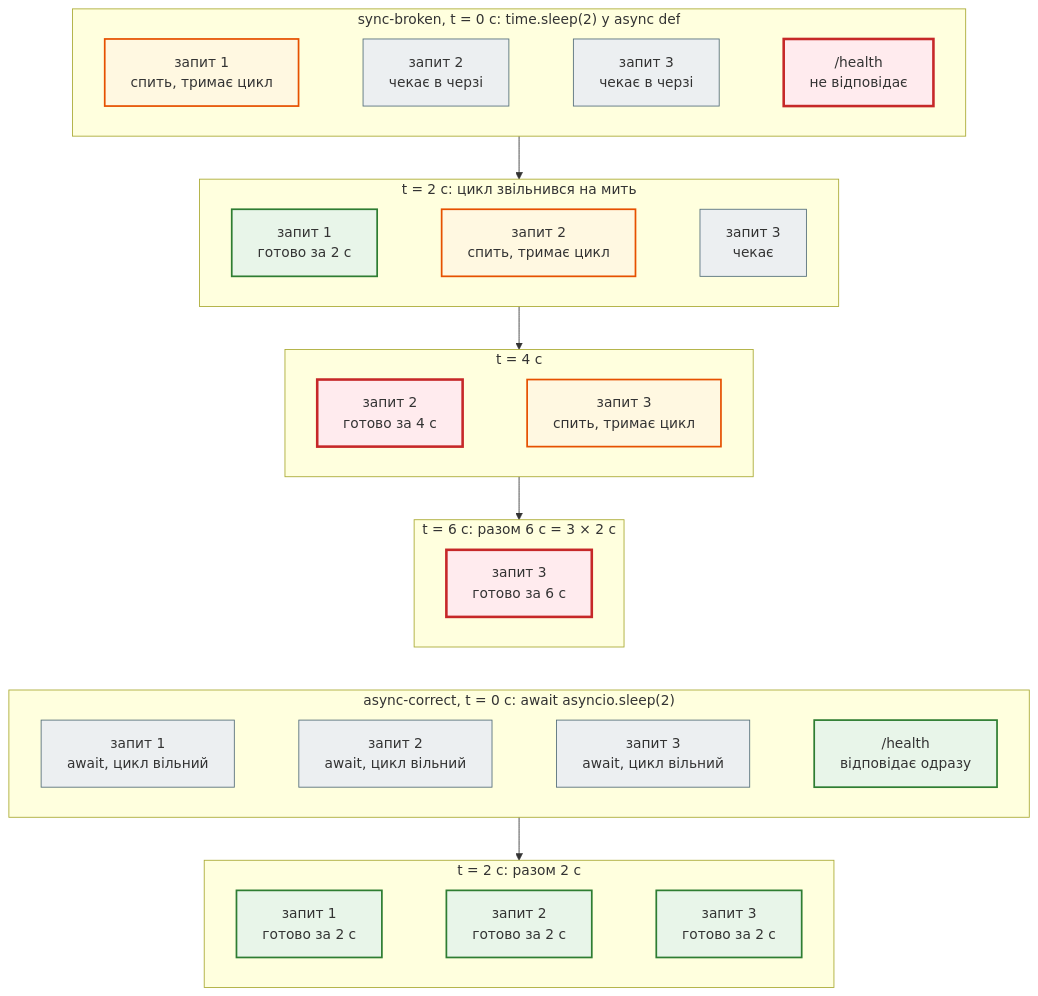
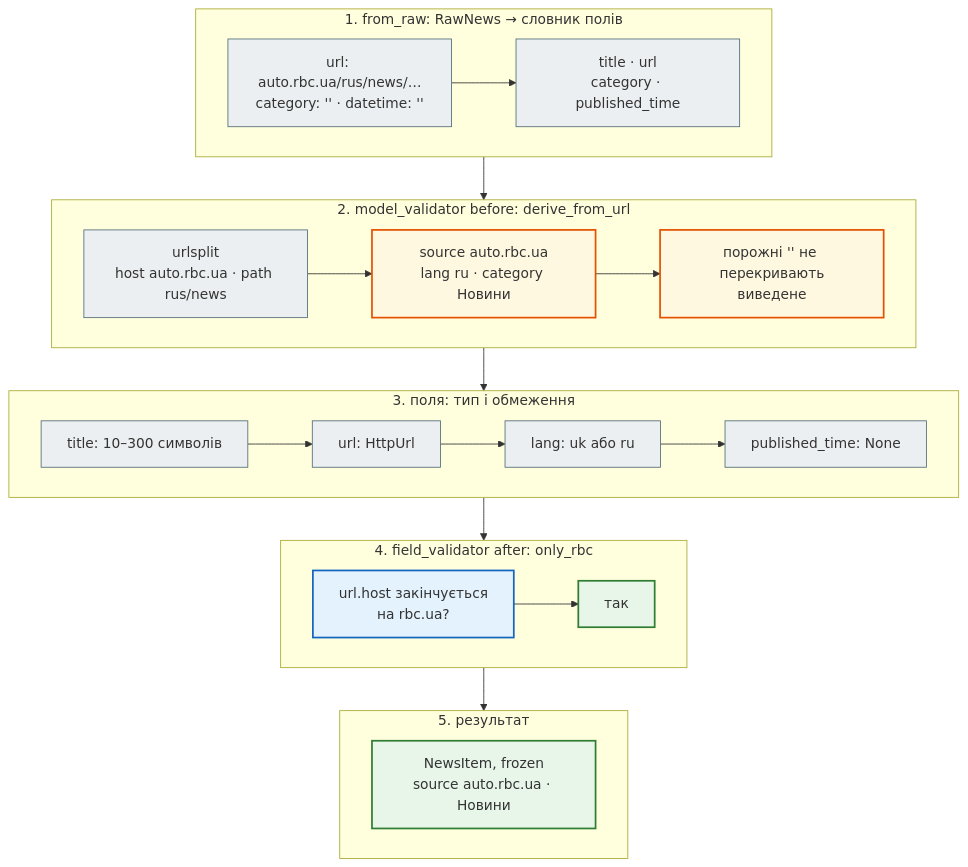
Before and after one commit to AlinaRadchenko/PY-Course-Victor-Nikoriak-22-09-2026: the first of 2 diagrams in docs/modules/m4/lesson_37.md, drawn with Mermaid. The commit also changed other lines of this file and 1846 other files, not shown here.

````diff
--- a/docs/modules/m4/lesson_37.md
+++ b/docs/modules/m4/lesson_37.md
@@ -478,45 +250,35 @@
 ```mermaid
 flowchart TD
     classDef step     fill:#eceff1,stroke:#546e7a,stroke-width:1px;
     classDef decision fill:#e3f2fd,stroke:#1565c0,stroke-width:2px;
     classDef success  fill:#e8f5e9,stroke:#2e7d32,stroke-width:2px;
     classDef error    fill:#ffebee,stroke:#c62828,stroke-width:3px;
     classDef warning  fill:#fff8e1,stroke:#e65100,stroke-width:2px;
 
-    subgraph B0 ["sync-broken, t = 0 с: time.sleep(2) у async def"]
+    subgraph S1 ["1. from_raw: RawNews → словник полів"]
         direction LR
-        b0a["запит 1<br>спить, тримає цикл"] ~~~ b0b["запит 2<br>чекає в черзі"] ~~~ b0c["запит 3<br>чекає в черзі"] ~~~ b0h["/health<br>не відповідає"]
+        R1["url: auto.rbc.ua/rus/news/…<br>category: '' · datetime: ''"] --> R2["title · url<br>category · published_time"]
     end
-    subgraph B2 ["t = 2 с: цикл звільнився на мить"]
+    subgraph S2 ["2. model_validator before: derive_from_url"]
         direction LR
-        b2a["запит 1<br>готово за 2 с"] ~~~ b2b["запит 2<br>спить, тримає цикл"] ~~~ b2c["запит 3<br>чекає"]
+        D1["urlsplit<br>host auto.rbc.ua · path rus/news"] --> D2["source auto.rbc.ua<br>lang ru · category Новини"] --> D3["порожні '' не перекривають<br>виведене"]
     end
-    subgraph B4 ["t = 4 с"]
+    subgraph S3 ["3. поля: тип і обмеження"]
         direction LR
-        b4b["запит 2<br>готово за 4 с"] ~~~ b4c["запит 3<br>спить, тримає цикл"]
+        F1["title: 10–300 символів"] --> F2["url: HttpUrl"] --> F3["lang: uk або ru"] --> F4["published_time: None"]
     end
-    subgraph B6 ["t = 6 с: разом 6 с = 3 × 2 с"]
+    subgraph S4 ["4. field_validator after: only_rbc"]
         direction LR
-        b6c["запит 3<br>готово за 6 с"]
+        V1["url.host закінчується<br>на rbc.ua?"] --> V2["так"]
     end
-    B0 --> B2 --> B4 --> B6
+    subgraph S5 ["5. результат"]
+        direction LR
+        OK["NewsItem, frozen<br>source auto.rbc.ua · Новини"]
+    end
+    S1 --> S2 --> S3 --> S4 --> S5
 
-    subgraph A0 ["async-correct, t = 0 с: await asyncio.sleep(2)"]
-        direction LR
-        a0a["запит 1<br>await, цикл вільний"] ~~~ a0b["запит 2<br>await, цикл вільний"] ~~~ a0c["запит 3<br>await, цикл вільний"] ~~~ a0h["/health<br>відповідає одразу"]
-    end
-    subgraph A2 ["t = 2 с: разом 2 с"]
-        direction LR
-        a2a["запит 1<br>готово за 2 с"] ~~~ a2b["запит 2<br>готово за 2 с"] ~~~ a2c["запит 3<br>готово за 2 с"]
-    end
-    A0 --> A2
-    B6 ~~~ A0
-
-    class b0a,b2b,b4c warning
-    class b0b,b0c,b2c step
-    class b0h error
-    class b2a success
-    class b4b,b6c error
-    class a0a,a0b,a0c step
-    class a0h,a2a,a2b,a2c success
+    class R1,R2,D1,F1,F2,F3,F4 step
+    class D2,D3 warning
+    class V1 decision
+    class V2,OK success
 ```
````
